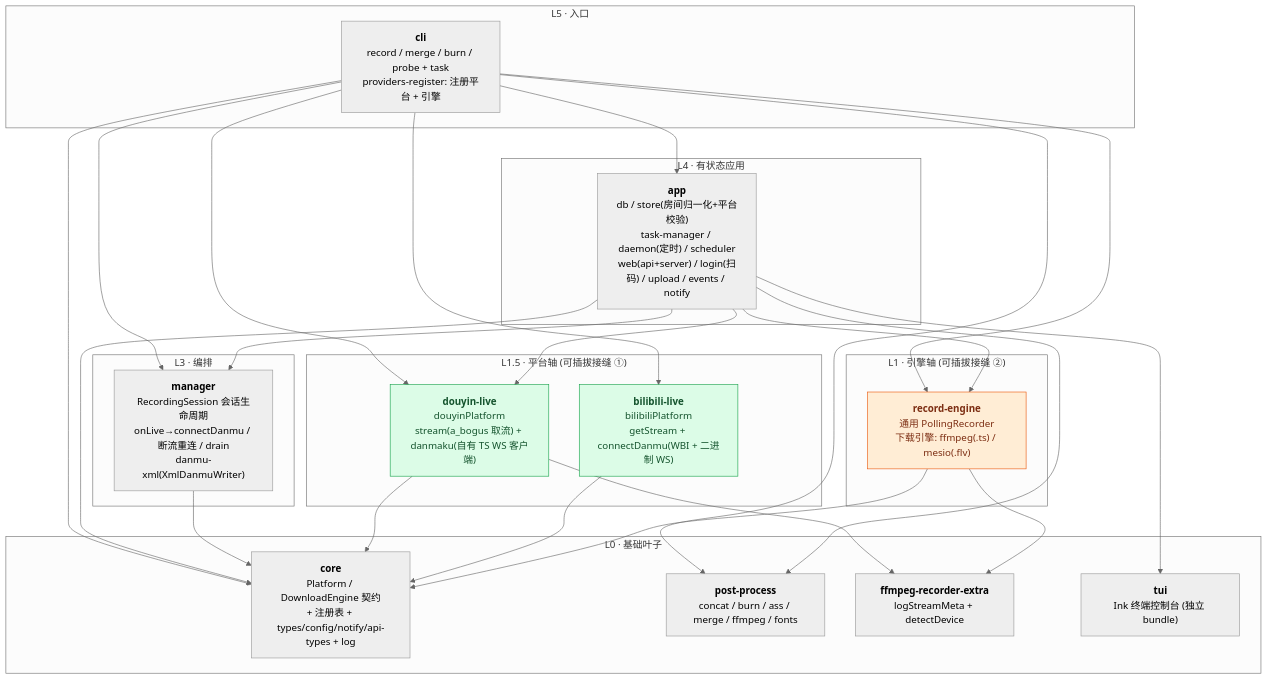
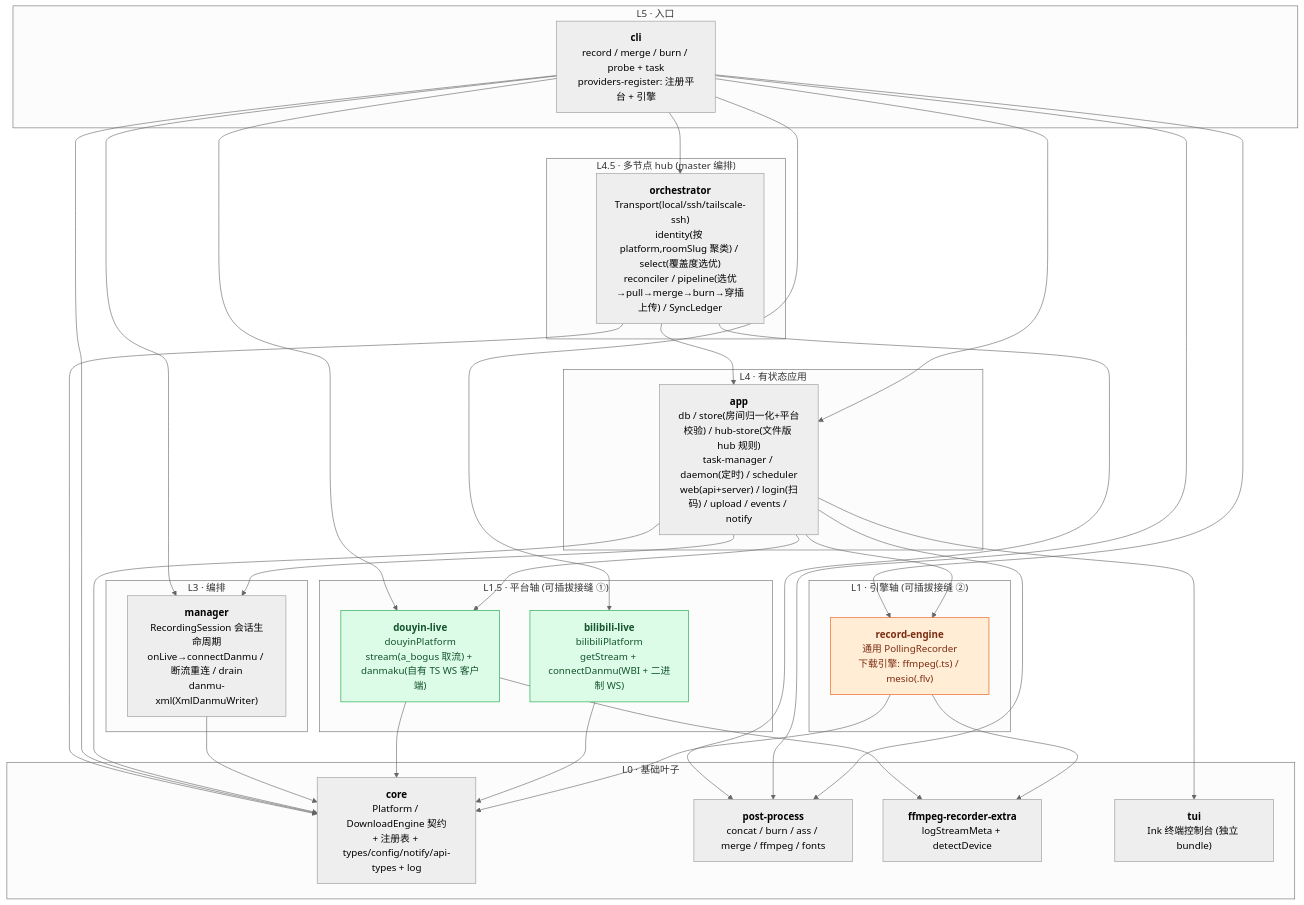
The first of 3 diagrams in docs/architecture.md (fuyucn/douyin-rec), drawn with Mermaid (neutral theme) before and after one commit. The commit also changed other lines of this file and 4 other files, not shown here.

First line of the commit message:
docs: 更新 README/CLAUDE.md/架构图为多节点 hub 终态

````diff
--- a/docs/architecture.md
+++ b/docs/architecture.md
@@ -16,50 +17,57 @@
 ```mermaid
 flowchart TB
   subgraph L5["L5 · 入口"]
     cli["<b>cli</b><br/>record / merge / burn / probe + task<br/>providers-register: 注册平台 + 引擎"]
   end
+  subgraph L45["L4.5 · 多节点 hub (master 编排)"]
+    orch["<b>orchestrator</b><br/>Transport(local/ssh/tailscale-ssh)<br/>identity(按 platform,roomSlug 聚类) / select(覆盖度选优)<br/>reconciler / pipeline(选优→pull→merge→burn→穿插上传) / SyncLedger"]
+  end
   subgraph L4["L4 · 有状态应用"]
-    app["<b>app</b><br/>db / store(房间归一化+平台校验)<br/>task-manager / daemon(定时) / scheduler<br/>web(api+server) / login(扫码) / upload / events / notify"]
+    app["<b>app</b><br/>db / store(房间归一化+平台校验) / hub-store(文件版 hub 规则)<br/>task-manager / daemon(定时) / scheduler<br/>web(api+server) / login(扫码) / upload / events / notify"]
   end
   subgraph L3["L3 · 编排"]
     manager["<b>manager</b><br/>RecordingSession 会话生命周期<br/>onLive→connectDanmu / 断流重连 / drain<br/>danmu-xml(XmlDanmuWriter)"]
   end
   subgraph L15["L1.5 · 平台轴 (可插拔接缝 ①)"]
     douyin["<b>douyin-live</b><br/>douyinPlatform<br/>stream(a_bogus 取流) + danmaku(自有 TS WS 客户端)"]
     bilibili["<b>bilibili-live</b><br/>bilibiliPlatform<br/>getStream + connectDanmu(WBI + 二进制 WS)"]
   end
   subgraph L1["L1 · 引擎轴 (可插拔接缝 ②)"]
     engine["<b>record-engine</b><br/>通用 PollingRecorder<br/>下载引擎: ffmpeg(.ts) / mesio(.flv)"]
   end
   subgraph L0["L0 · 基础叶子"]
     core["<b>core</b><br/>Platform / DownloadEngine 契约<br/>+ 注册表 + types/config/notify/api-types + log"]
     post["<b>post-process</b><br/>concat / burn / ass / merge / ffmpeg / fonts"]
     extra["<b>ffmpeg-recorder-extra</b><br/>logStreamMeta + detectDevice"]
     tui["<b>tui</b><br/>Ink 终端控制台 (独立 bundle)"]
   end
 
+  cli --> orch
+  orch --> app
+  orch --> post
+  orch --> core
   cli --> app
   cli --> manager
   cli --> douyin
   cli --> bilibili
   cli --> engine
   cli --> post
   cli --> core
   app --> manager
   app --> douyin
   app --> engine
   app --> post
   app --> tui
   app --> core
   manager --> core
   douyin --> core
   douyin --> extra
   bilibili --> core
   engine --> core
   engine --> extra
 
   classDef axisPlat fill:#dcfce7,stroke:#16a34a,color:#14532d;
   classDef axisEng fill:#ffedd5,stroke:#ea580c,color:#7c2d12;
   class douyin,bilibili axisPlat;
   class engine axisEng;
 ```
````
